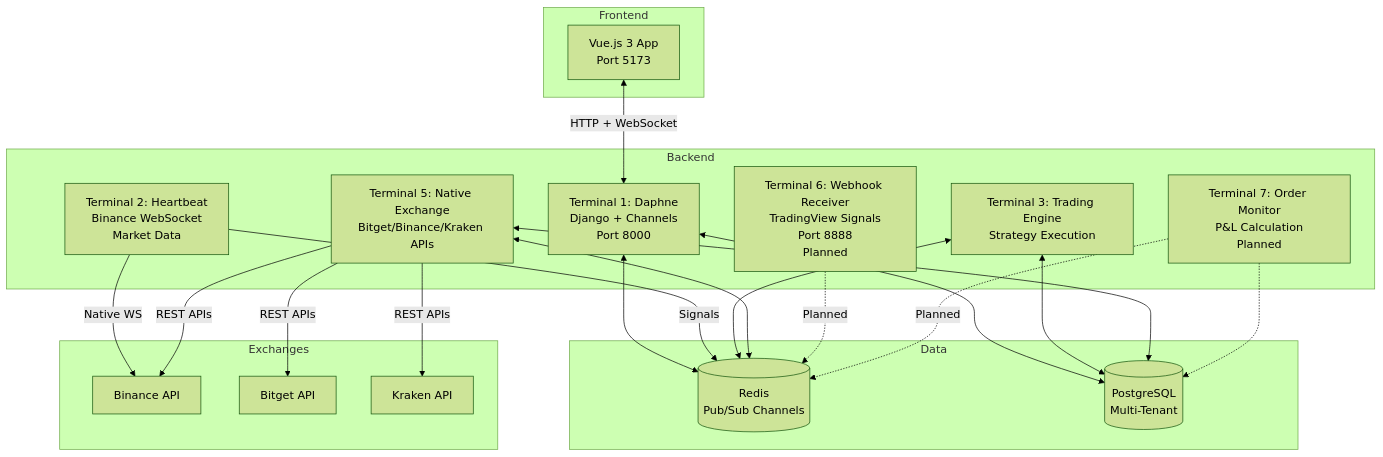
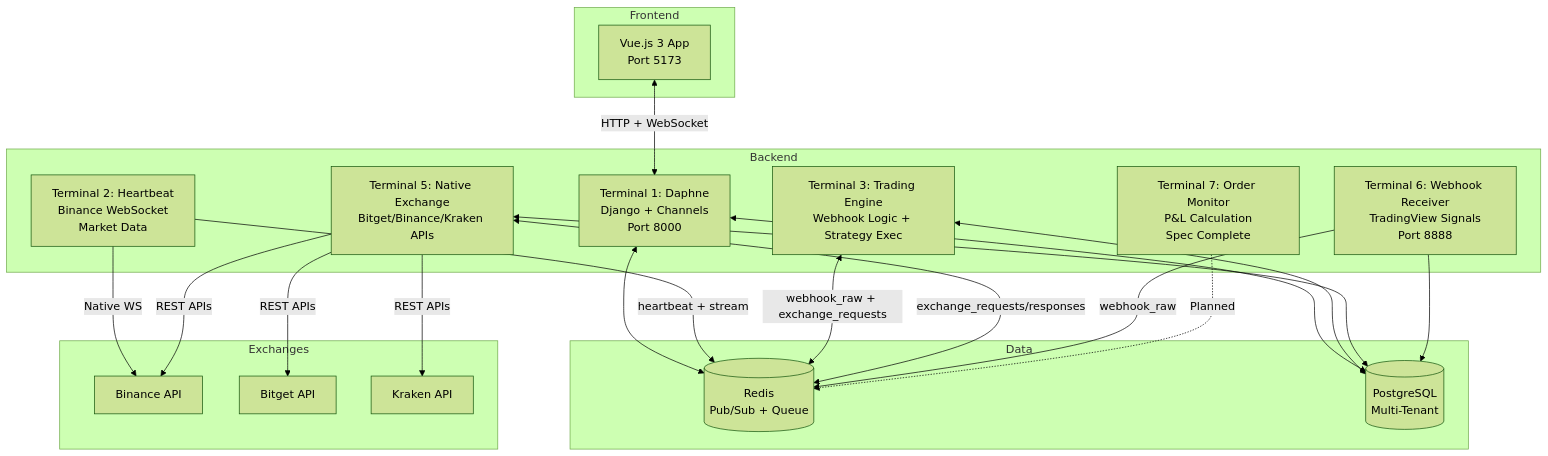
The diagram in docs/CODEBASE_MAP.md (DanielCarnal/aristobot3), drawn with Mermaid (forest theme) before and after one commit. The commit also changed other lines of this file, not shown here.

````diff
--- a/docs/CODEBASE_MAP.md
+++ b/docs/CODEBASE_MAP.md
@@ -22,44 +22,44 @@
 ```mermaid
 graph TB
     subgraph Frontend
         VUE[Vue.js 3 App<br/>Port 5173]
     end
 
     subgraph Backend
         DAPHNE[Terminal 1: Daphne<br/>Django + Channels<br/>Port 8000]
         HEARTBEAT[Terminal 2: Heartbeat<br/>Binance WebSocket<br/>Market Data]
-        ENGINE[Terminal 3: Trading Engine<br/>Strategy Execution]
+        ENGINE[Terminal 3: Trading Engine<br/>Webhook Logic + Strategy Exec]
         NATIVE[Terminal 5: Native Exchange<br/>Bitget/Binance/Kraken APIs]
-        WEBHOOK[Terminal 6: Webhook Receiver<br/>TradingView Signals<br/>Port 8888<br/>Planned]
-        MONITOR[Terminal 7: Order Monitor<br/>P&L Calculation<br/>Planned]
+        WEBHOOK[Terminal 6: Webhook Receiver<br/>TradingView Signals<br/>Port 8888]
+        MONITOR[Terminal 7: Order Monitor<br/>P&L Calculation<br/>Spec Complete]
     end
 
     subgraph Data
-        REDIS[(Redis<br/>Pub/Sub Channels)]
+        REDIS[(Redis<br/>Pub/Sub + Queue)]
         POSTGRES[(PostgreSQL<br/>Multi-Tenant)]
     end
 
     subgraph Exchanges
         BINANCE[Binance API]
         BITGET[Bitget API]
         KRAKEN[Kraken API]
     end
 
     VUE <-->|HTTP + WebSocket| DAPHNE
     DAPHNE <--> REDIS
-    HEARTBEAT -->|Signals| REDIS
-    ENGINE <--> REDIS
-    NATIVE <--> REDIS
-    WEBHOOK -.->|Planned| REDIS
+    HEARTBEAT -->|heartbeat + stream| REDIS
+    ENGINE <-->|webhook_raw + exchange_requests| REDIS
+    NATIVE <-->|exchange_requests/responses| REDIS
+    WEBHOOK -->|webhook_raw| REDIS
     MONITOR -.->|Planned| REDIS
 
     HEARTBEAT -->|Native WS| BINANCE
     NATIVE -->|REST APIs| BINANCE
     NATIVE -->|REST APIs| BITGET
     NATIVE -->|REST APIs| KRAKEN
 
     DAPHNE <--> POSTGRES
     ENGINE <--> POSTGRES
     NATIVE <--> POSTGRES
-    MONITOR -.-> POSTGRES
+    WEBHOOK --> POSTGRES
 ```
````
